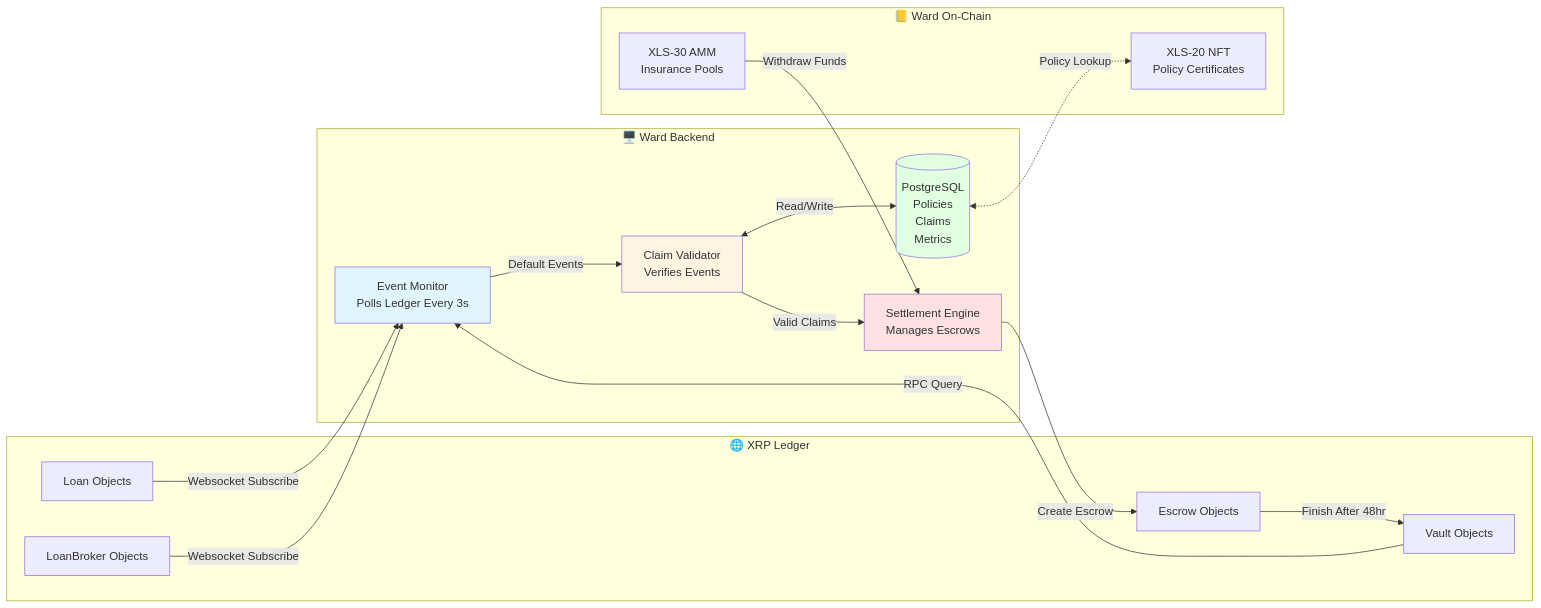
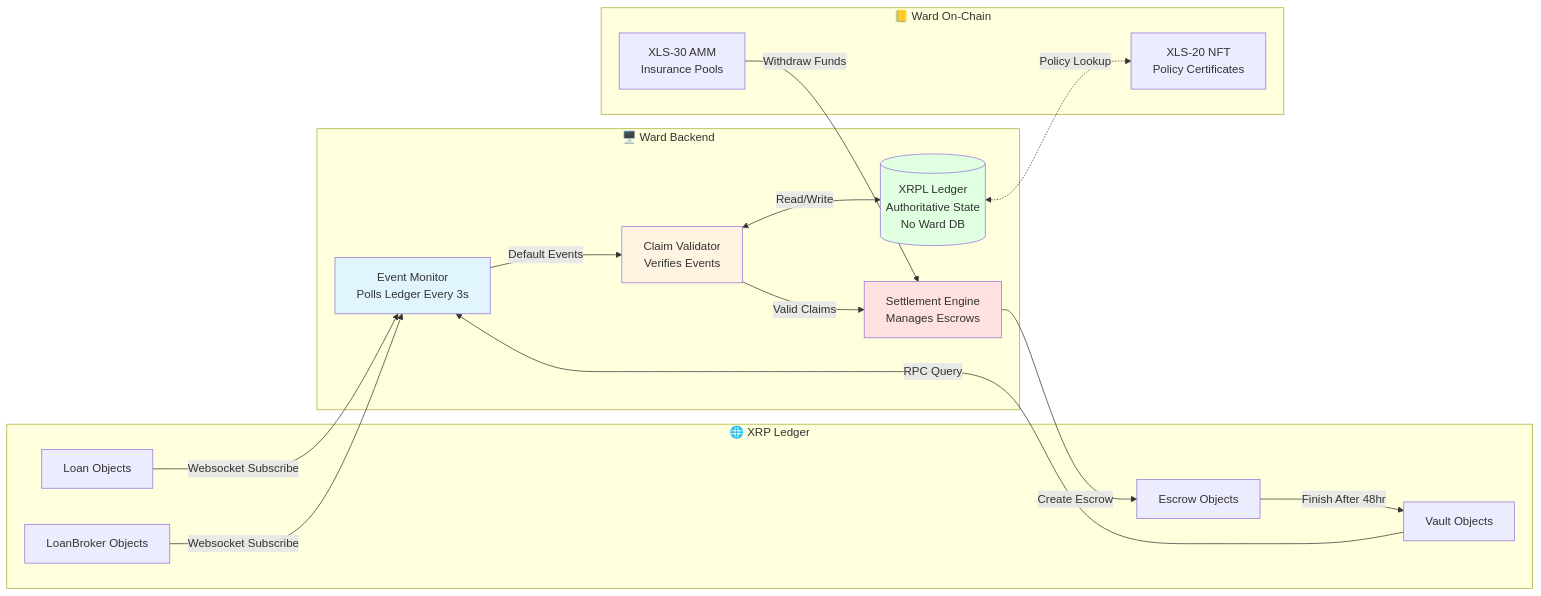
Before and after one commit to wflores9/ward-protocol: the fourth of 4 diagrams in docs/ward-integration-diagrams.md, drawn with Mermaid. The commit also changed 2 other files, not shown here.

Commit message:
chore: fix stale infra tags — Vercel→Netlify, PostgreSQL→XRPL Native, integration diagrams

````diff
--- a/docs/ward-integration-diagrams.md
+++ b/docs/ward-integration-diagrams.md
@@ -701,39 +701,39 @@
 ```mermaid
 graph LR
     subgraph XRPL["🌐 XRP Ledger"]
         Loan[Loan Objects]
         LB[LoanBroker Objects]
         Vault[Vault Objects]
         Escrow[Escrow Objects]
     end
 
     subgraph WardBackend["🖥️ Ward Backend"]
         Monitor[Event Monitor<br/>Polls Ledger Every 3s]
         Validator[Claim Validator<br/>Verifies Events]
-        DB[(PostgreSQL<br/>Policies<br/>Claims<br/>Metrics)]
+        DB[(XRPL Ledger<br/>Authoritative State<br/>No Ward DB)]
         Settler[Settlement Engine<br/>Manages Escrows]
     end
 
     subgraph WardLedger["📒 Ward On-Chain"]
         PolicyNFT[XLS-20 NFT<br/>Policy Certificates]
         PoolAMM[XLS-30 AMM<br/>Insurance Pools]
     end
 
     Loan -->|Websocket Subscribe| Monitor
     LB -->|Websocket Subscribe| Monitor
     Vault -->|RPC Query| Monitor
     
     Monitor -->|Default Events| Validator
     Validator <-->|Read/Write| DB
     Validator -->|Valid Claims| Settler
     
     DB <-.->|Policy Lookup| PolicyNFT
     Settler -->|Create Escrow| Escrow
     PoolAMM -->|Withdraw Funds| Settler
     Escrow -->|Finish After 48hr| Vault
 
     style Monitor fill:#e1f5ff
     style Validator fill:#fff4e1
     style Settler fill:#ffe1e1
     style DB fill:#e1ffe1
 ```
````
